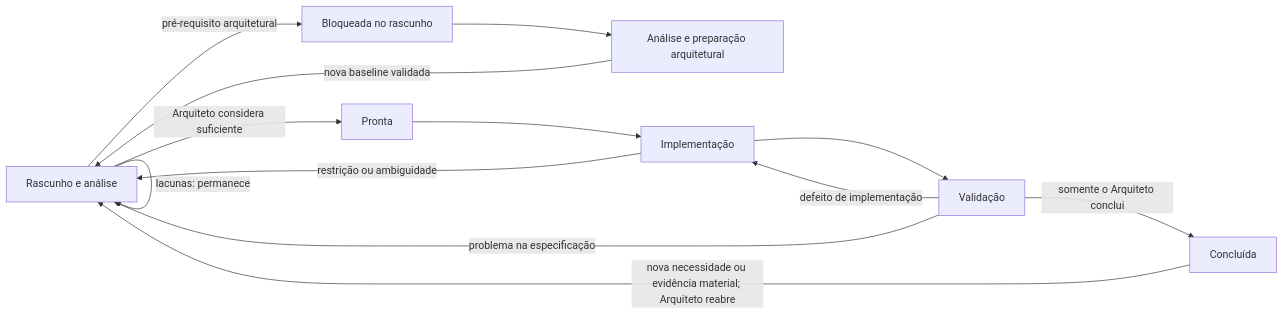
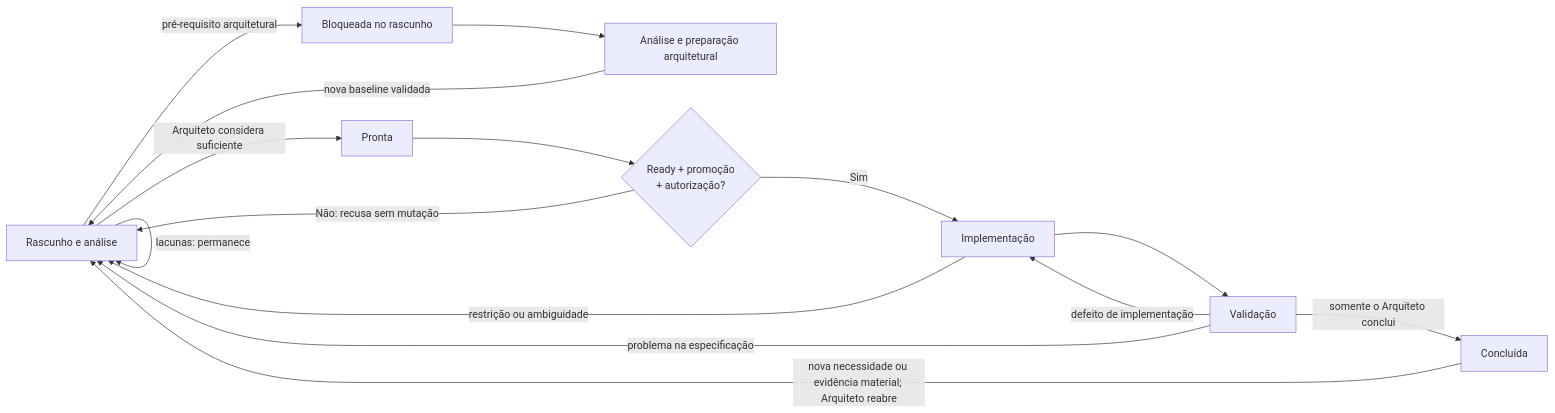
The first of 2 diagrams in README.md (iotsmartsys/EKM-guidelines), drawn with Mermaid before and after one commit. The commit also changed other lines of this file and 24 other files, not shown here.

````diff
--- a/README.md
+++ b/README.md
@@ -67,16 +71,18 @@
 ```mermaid
 flowchart LR
     A["Rascunho e análise"] -->|"Arquiteto considera suficiente"| P["Pronta"]
     A -->|"pré-requisito arquitetural"| B["Bloqueada no rascunho"]
     B --> AP["Análise e preparação arquitetural"]
     AP -->|"nova baseline validada"| A
-    P --> I["Implementação"]
+    P --> G{"Ready + promoção<br/>+ autorização?"}
+    G -->|"Sim"| I["Implementação"]
+    G -->|"Não: recusa sem mutação"| A
     I --> V["Validação"]
     V -->|"somente o Arquiteto conclui"| C["Concluída"]
 
     A -->|"lacunas: permanece"| A
     I -->|"restrição ou ambiguidade"| A
     V -->|"defeito de implementação"| I
     V -->|"problema na especificação"| A
     C -->|"nova necessidade ou evidência material; Arquiteto reabre"| A
 ```
````
